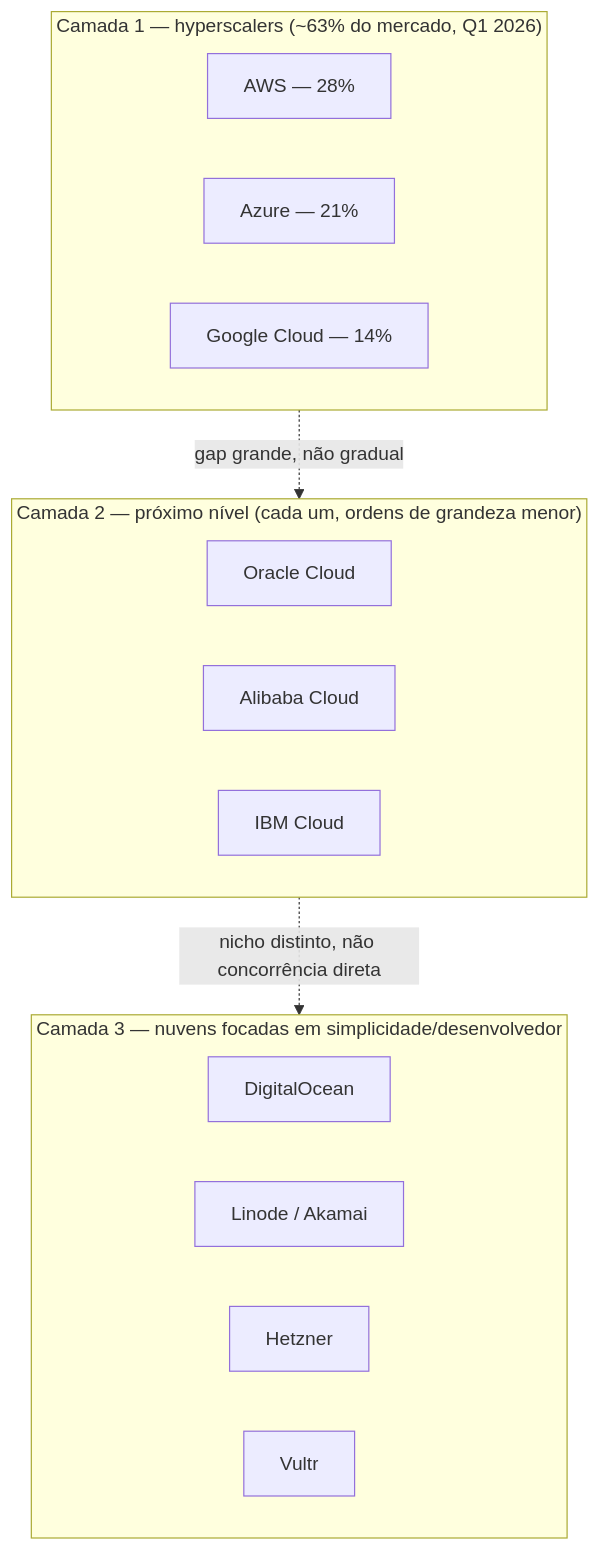
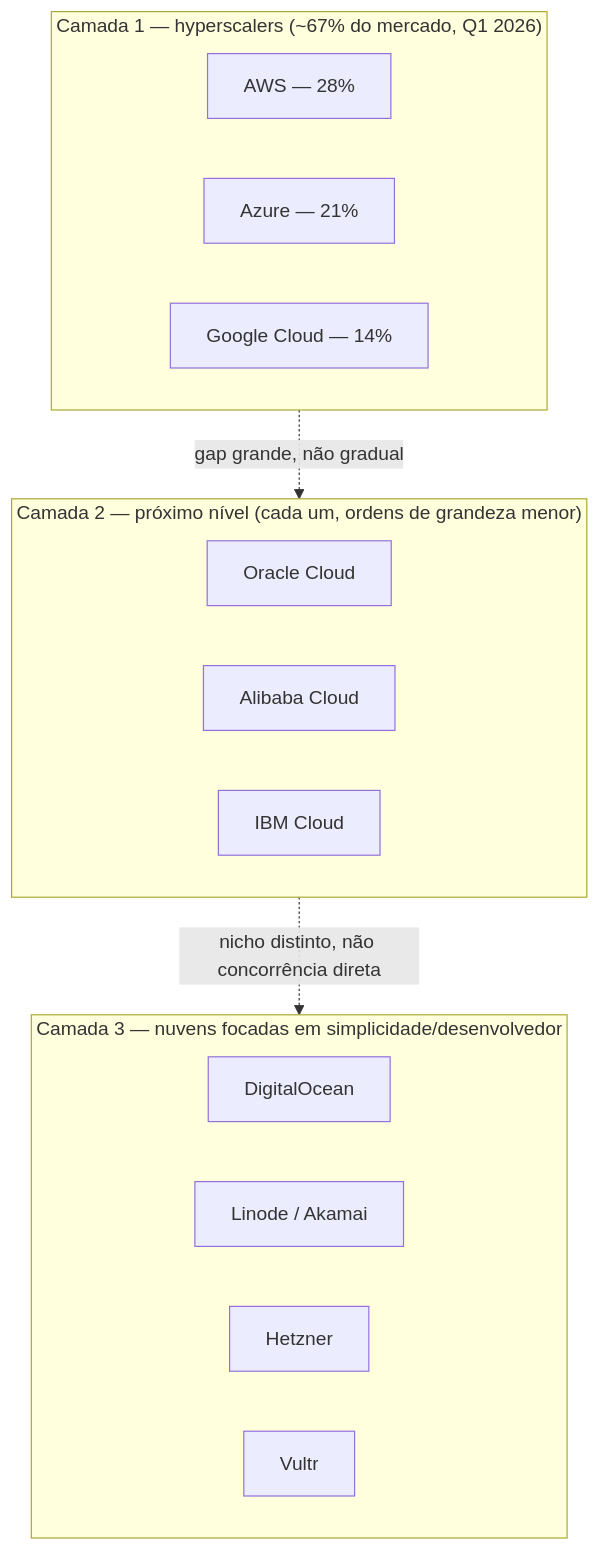
One commit to josenaldo/codex-technomanticus changed the diagram in 03-Dominios/Tecnologia/Cloud/01 - O que é a nuvem, de verdade/05 - O panorama dos provedores.md. Above: the diagram before and after it, drawn with Mermaid. The commit also changed other lines of this file, not shown here.

````diff
--- a/03-Dominios/Tecnologia/Cloud/01 - O que é a nuvem, de verdade/05 - O panorama dos provedores.md
+++ b/03-Dominios/Tecnologia/Cloud/01 - O que é a nuvem, de verdade/05 - O panorama dos provedores.md
@@ -32,21 +32,21 @@
 ```mermaid
 flowchart TB
-    subgraph Camada1["Camada 1 — hyperscalers (~63% do mercado, Q1 2026)"]
+    subgraph Camada1["Camada 1 — hyperscalers (~67% do mercado, Q1 2026)"]
         AWS["AWS — 28%"]
         Azure["Azure — 21%"]
         GCP["Google Cloud — 14%"]
     end
     subgraph Camada2["Camada 2 — próximo nível (cada um, ordens de grandeza menor)"]
         Oracle["Oracle Cloud"]
         Alibaba["Alibaba Cloud"]
         IBM["IBM Cloud"]
     end
     subgraph Camada3["Camada 3 — nuvens focadas em simplicidade/desenvolvedor"]
         DO["DigitalOcean"]
         Linode["Linode / Akamai"]
         Hetzner["Hetzner"]
         Vultr["Vultr"]
     end
     Camada1 -.->|"gap grande, não gradual"| Camada2
     Camada2 -.->|"nicho distinto, não concorrência direta"| Camada3
 ```
````
